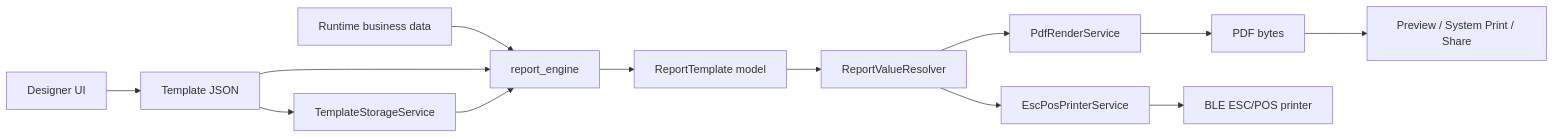
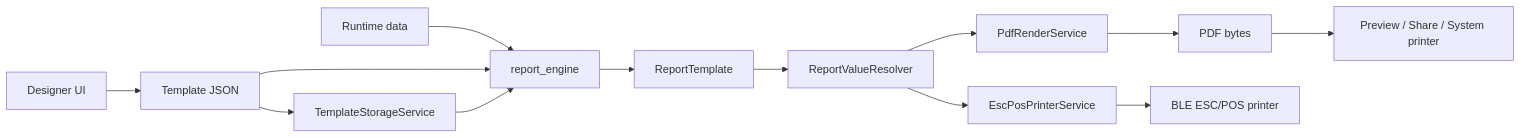
One commit to dexter-cnx/flutter_report_suite changed the diagram in docs/CODE_WALKTHROUGH.md. Above: the diagram before and after it, drawn with Mermaid. The commit also changed other lines of this file, not shown here.

````diff
--- a/docs/CODE_WALKTHROUGH.md
+++ b/docs/CODE_WALKTHROUGH.md
@@ -49,15 +59,15 @@
 ```mermaid
 flowchart LR
     A[Designer UI] --> B[Template JSON]
-    C[Runtime business data] --> D[report_engine]
+    C[Runtime data] --> D[report_engine]
     B --> D
-    D --> E[ReportTemplate model]
+    D --> E[ReportTemplate]
     E --> F[ReportValueResolver]
     F --> G[PdfRenderService]
     F --> H[EscPosPrinterService]
     G --> I[PDF bytes]
-    I --> J[Preview / System Print / Share]
+    I --> J[Preview / Share / System printer]
     H --> K[BLE ESC/POS printer]
     B --> L[TemplateStorageService]
     L --> D
 ```
````
